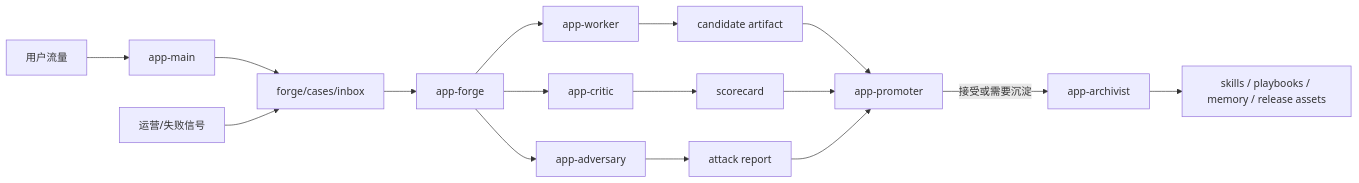
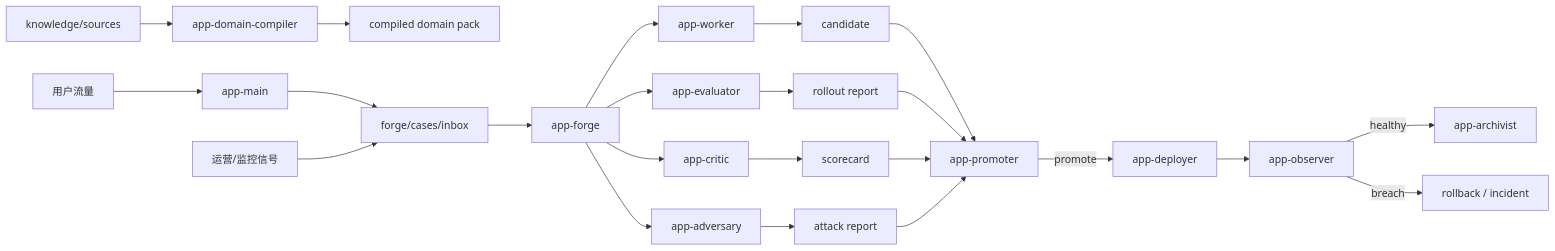
Before and after one commit to mbdtf202-cyber/vertical-agent-forge: the diagram in README.zh-CN.md, drawn with Mermaid. The commit also changed other lines of this file and 75 other files, not shown here.

````diff
--- a/README.zh-CN.md
+++ b/README.zh-CN.md
@@ -44,18 +74,25 @@
 ```mermaid
 flowchart LR
+  S["knowledge/sources"] --> C["app-domain-compiler"]
+  C --> D["compiled domain pack"]
   U["用户流量"] --> M["app-main"]
   M --> I["forge/cases/inbox"]
-  O["运营/失败信号"] --> I
+  O["运营/监控信号"] --> I
   I --> F["app-forge"]
   F --> W["app-worker"]
-  F --> C["app-critic"]
+  F --> E["app-evaluator"]
+  F --> R["app-critic"]
   F --> A["app-adversary"]
-  W --> K["candidate artifact"]
-  C --> S["scorecard"]
-  A --> R["attack report"]
+  W --> K["candidate"]
+  E --> Y["rollout report"]
+  R --> S1["scorecard"]
+  A --> T["attack report"]
   K --> P["app-promoter"]
-  S --> P
-  R --> P
-  P -->|接受或需要沉淀| H["app-archivist"]
-  H --> D["skills / playbooks / memory / release assets"]
+  Y --> P
+  S1 --> P
+  T --> P
+  P -->|promote| X["app-deployer"]
+  X --> Z["app-observer"]
+  Z -->|healthy| H["app-archivist"]
+  Z -->|breach| B["rollback / incident"]
 ```
````
